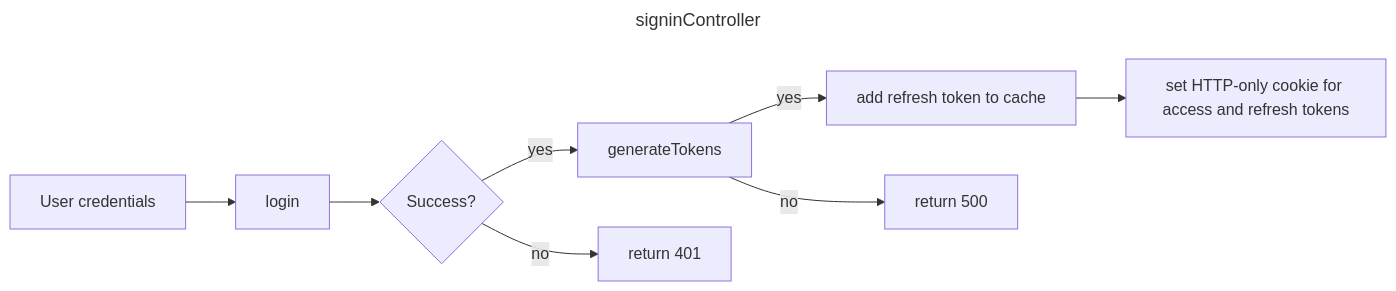
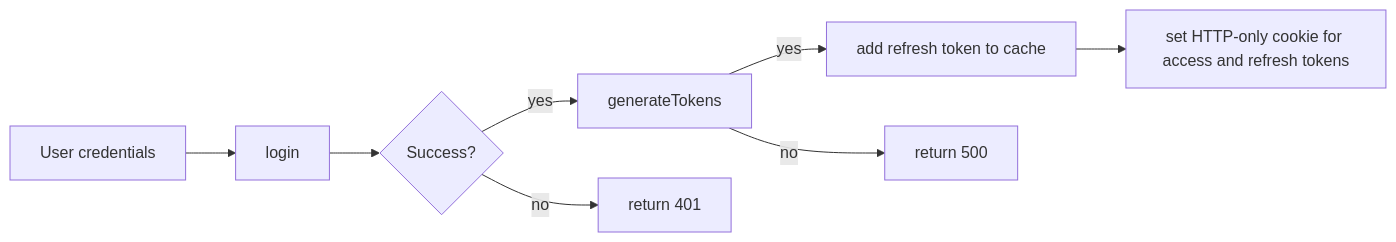
The second of 5 diagrams in README.md (CDLUC3/dmsp_backend_prototype), drawn with Mermaid before and after one commit. The commit also changed other lines of this file and 1 other file, not shown here.

````diff
--- a/README.md
+++ b/README.md
@@ -45,14 +76,10 @@
 ```mermaid
----
-title: signinController
----
-
 flowchart LR;
   a[User credentials]-->b[login];
   b-->c{Success?};
   c-->|yes| d[generateTokens]
   c-->|no| e[return 401]
   d-->|yes| f[add refresh token to cache]
   f-->g[set HTTP-only cookie for access and refresh tokens]
   d-->|no| h[return 500]
 ```
````
